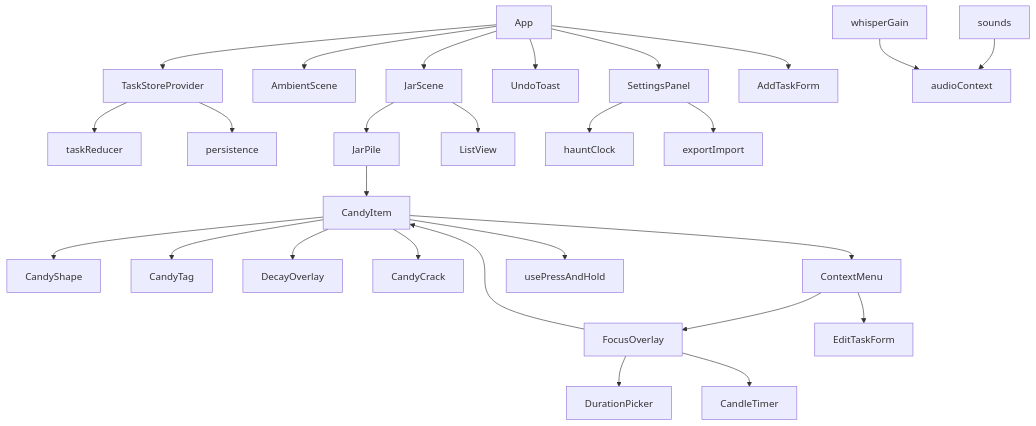
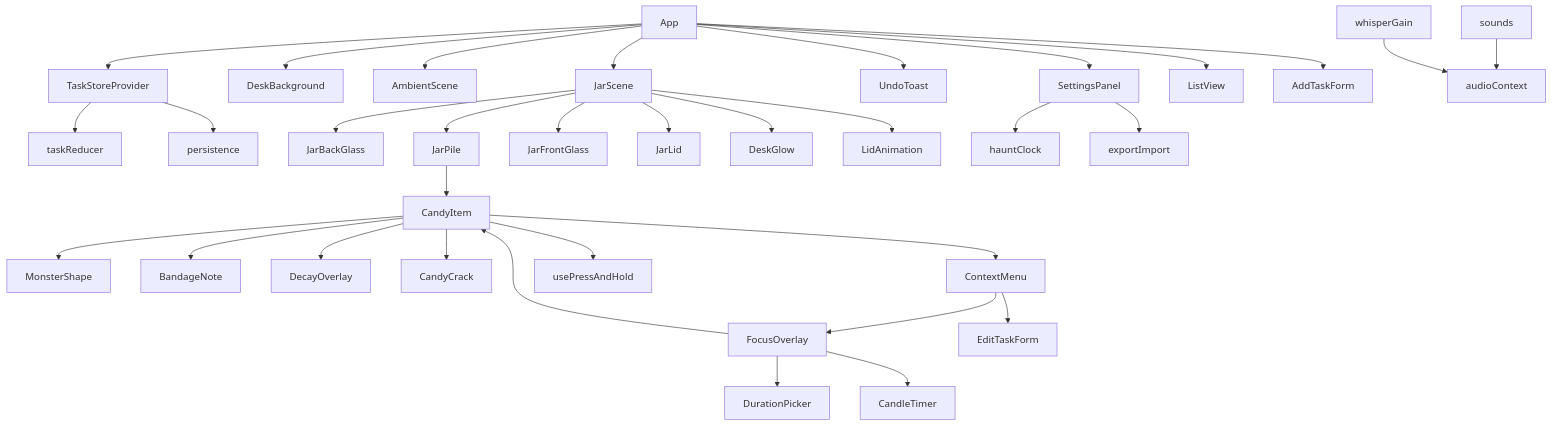
Before and after one commit to milenawebb/haunted-candy-jar: the first of 2 diagrams in .kiro/specs/haunted-candy-jar/design.md, drawn with Mermaid. The commit also changed other lines of this file and 7 other files, not shown here.

Commit message:
Spec update: candy monsters, desk scene, glass jar, bandage notes, lid animation

````diff
--- a/.kiro/specs/haunted-candy-jar/design.md
+++ b/.kiro/specs/haunted-candy-jar/design.md
@@ -147,29 +162,35 @@
 ```mermaid
 graph TD
     App --> TaskStoreProvider
+    App --> DeskBackground
     App --> AmbientScene
     App --> JarScene
     App --> UndoToast
     App --> SettingsPanel
     TaskStoreProvider --> taskReducer
     TaskStoreProvider --> persistence
+    JarScene --> JarBackGlass
     JarScene --> JarPile
-    JarScene --> ListView
+    JarScene --> JarFrontGlass
+    JarScene --> JarLid
+    JarScene --> DeskGlow
+    JarScene --> LidAnimation
+    App --> ListView
     JarPile --> CandyItem
-    CandyItem --> CandyShape
-    CandyItem --> CandyTag
+    CandyItem --> MonsterShape
+    CandyItem --> BandageNote
     CandyItem --> DecayOverlay
     CandyItem --> CandyCrack
     CandyItem --> ContextMenu
     CandyItem --> usePressAndHold
     ContextMenu --> FocusOverlay
     ContextMenu --> EditTaskForm
     FocusOverlay --> DurationPicker
     FocusOverlay --> CandleTimer
     FocusOverlay --> CandyItem
     App --> AddTaskForm
     SettingsPanel --> hauntClock
     SettingsPanel --> exportImport
     sounds --> audioContext
     whisperGain --> audioContext
 ```
````
